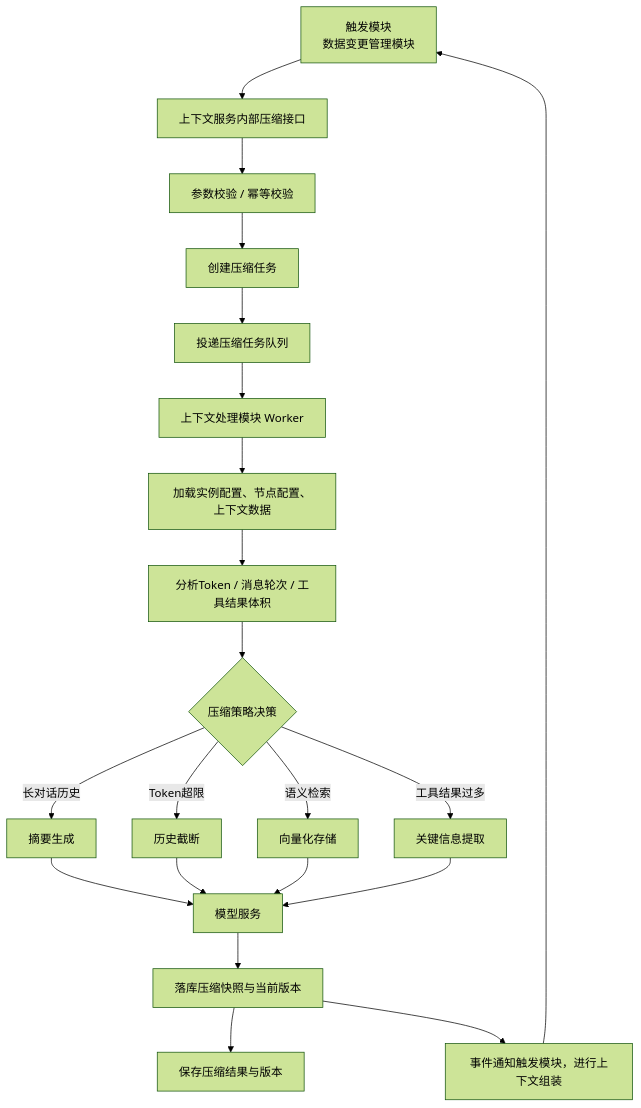
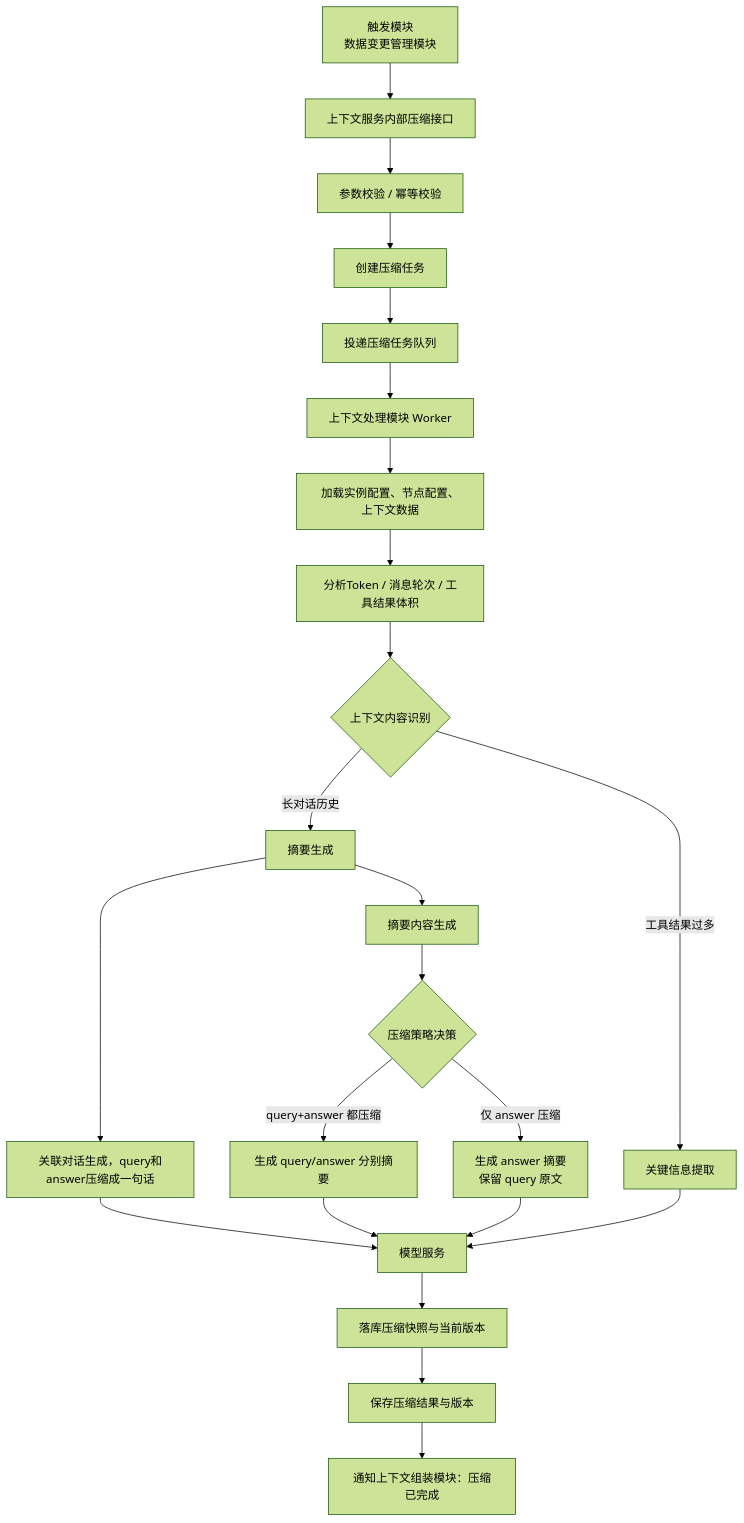
One commit to 352775098-dev/ContextEngine changed the third of 3 diagrams in docs/01_architecture/design.md. Above: the diagram before and after it, drawn with Mermaid (forest theme). The commit also changed other lines of this file, not shown here.

````diff
--- a/docs/01_architecture/design.md
+++ b/docs/01_architecture/design.md
@@ -1113,23 +1113,26 @@
 ```mermaid
 flowchart TD
     Source["触发模块<br/>数据变更管理模块"] --> API["上下文服务内部压缩接口"]
     API --> Validate["参数校验 / 幂等校验"]
     Validate --> Task["创建压缩任务"]
     Task --> Queue["投递压缩任务队列"]
     Queue --> Worker["上下文处理模块 Worker"]
     Worker --> Load["加载实例配置、节点配置、上下文数据"]
     Load --> Analyze["分析Token / 消息轮次 / 工具结果体积"]
-    Analyze --> Decide{"压缩策略决策"}
-    Decide -->|长对话历史| Summary["摘要生成"]
-    Decide -->|Token超限| Truncate["历史截断"]
-    Decide -->|语义检索| VectorStore["向量化存储"]
-    Decide -->|工具结果过多| KeyInfo["关键信息提取"]
-    Summary --> LLM["模型服务"]
-    Truncate --> LLM
-    VectorStore --> LLM
+    Analyze --> Decide{"上下文内容识别"}
+    Decide --> |长对话历史|Summary["摘要生成"]
+    Decide --> |工具结果过多|KeyInfo["关键信息提取"]
+    Summary --> Assoc["关联对话生成，query和answer压缩成一句话"]
+    Summary --> Draft["摘要内容生成"]
+    Assoc --> LLM["模型服务"]
+
+    Draft --> SummaryMode{"压缩策略决策"}
+    SummaryMode -->|query+answer 都压缩| BothCompress["生成 query/answer 分别摘要"]
+    SummaryMode -->|仅 answer 压缩| AnswerCompress["生成 answer 摘要<br/>保留 query 原文"]
+    BothCompress --> LLM
+    AnswerCompress --> LLM
     KeyInfo --> LLM
     LLM --> Persist["落库压缩快照与当前版本"]
     Persist --> Save["保存压缩结果与版本"]
-    Persist --> Notify["事件通知触发模块，进行上下文组装"]
-    Notify --> Source
+    Save --> Notify["通知上下文组装模块：压缩已完成"]
 ```
````
